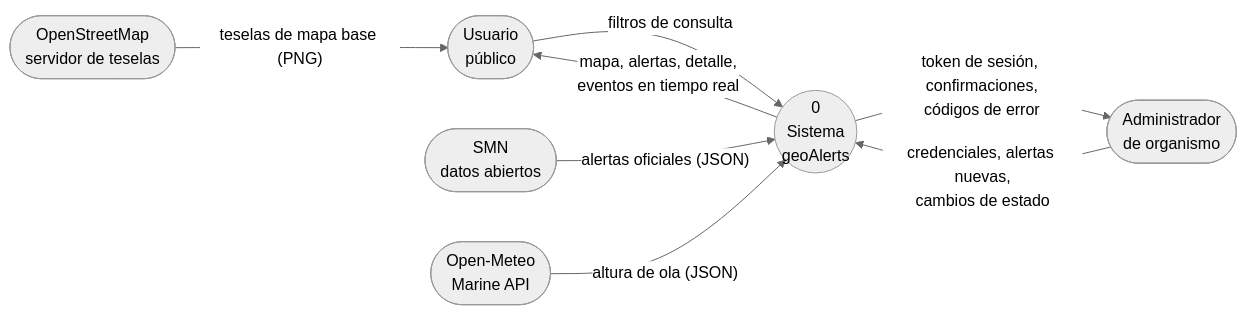
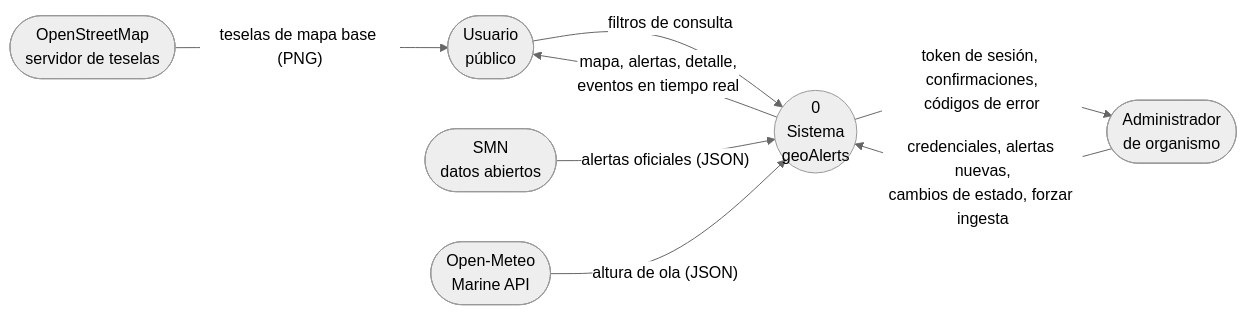
The first of 5 diagrams in docs/01-analisis-factibilidad.md (nachoo08/geoAlerts), drawn with Mermaid (neutral theme) before and after one commit. The commit also changed other lines of this file and 3 other files, not shown here.

````diff
--- a/docs/01-analisis-factibilidad.md
+++ b/docs/01-analisis-factibilidad.md
@@ -97,17 +98,17 @@
 ```mermaid
 flowchart LR
     U([Usuario<br/>público])
     A([Administrador<br/>de organismo])
     SMN([SMN<br/>datos abiertos])
     OM([Open-Meteo<br/>Marine API])
     OSM([OpenStreetMap<br/>servidor de teselas])
     S(("0<br/>Sistema<br/>geoAlerts"))
 
     U -- "filtros de consulta" --> S
     S -- "mapa, alertas, detalle,<br/>eventos en tiempo real" --> U
-    A -- "credenciales, alertas nuevas,<br/>cambios de estado" --> S
+    A -- "credenciales, alertas nuevas,<br/>cambios de estado, forzar ingesta" --> S
     S -- "token de sesión, confirmaciones,<br/>códigos de error" --> A
     SMN -- "alertas oficiales (JSON)" --> S
     OM -- "altura de ola (JSON)" --> S
     OSM -- "teselas de mapa base (PNG)" --> U
 ```
````
